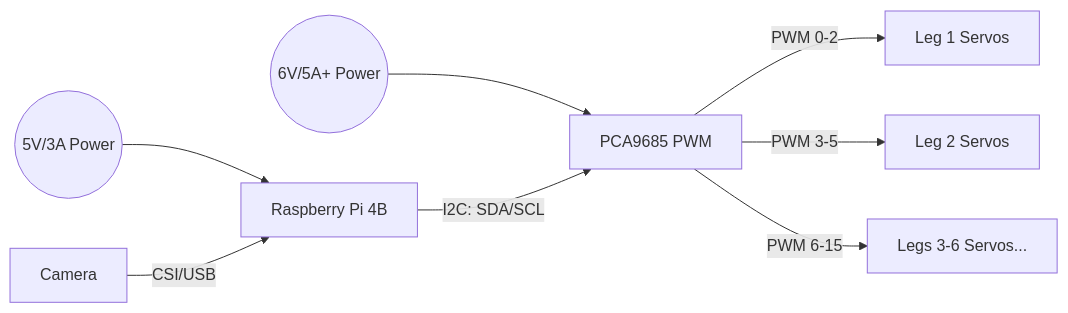
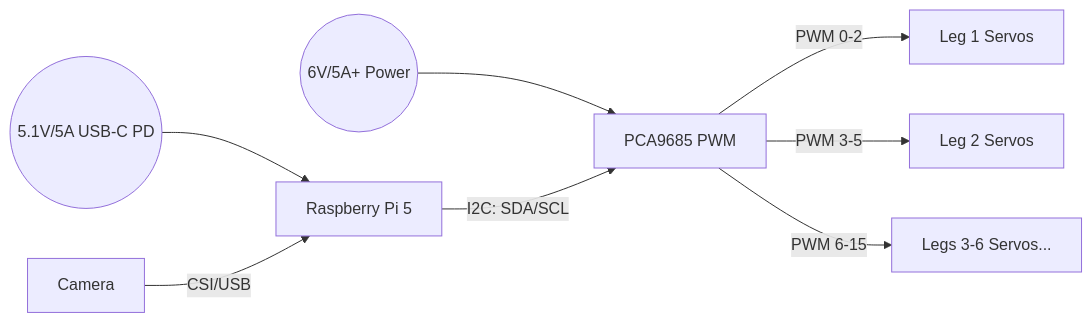
One commit to shakeabhishek/project-neurohex changed the third of 3 diagrams in README.md. Above: the diagram before and after it, drawn with Mermaid. The commit also changed other lines of this file and 8 other files, not shown here.

````diff
--- a/README.md
+++ b/README.md
@@ -142,12 +151,12 @@
 ```mermaid
 flowchart LR
-    PwrPi((5V/3A Power)) --> Pi[Raspberry Pi 4B]
+    PwrPi((5.1V/5A USB-C PD)) --> Pi[Raspberry Pi 5]
     PwrServo((6V/5A+ Power)) --> PCA[PCA9685 PWM]
     
     Cam[Camera] -->|CSI/USB| Pi
     Pi -->|I2C: SDA/SCL| PCA
     
     PCA -->|PWM 0-2| Leg1[Leg 1 Servos]
     PCA -->|PWM 3-5| Leg2[Leg 2 Servos]
     PCA -->|PWM 6-15| Legs[Legs 3-6 Servos...]
 ```
````
